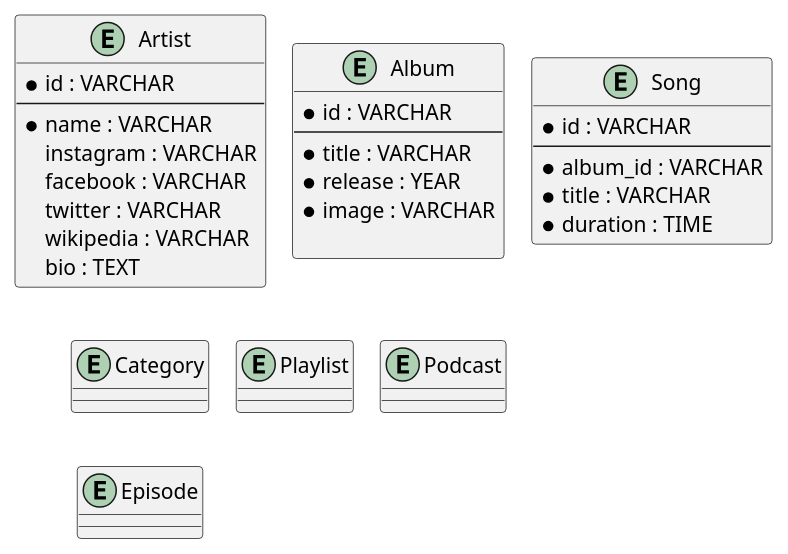
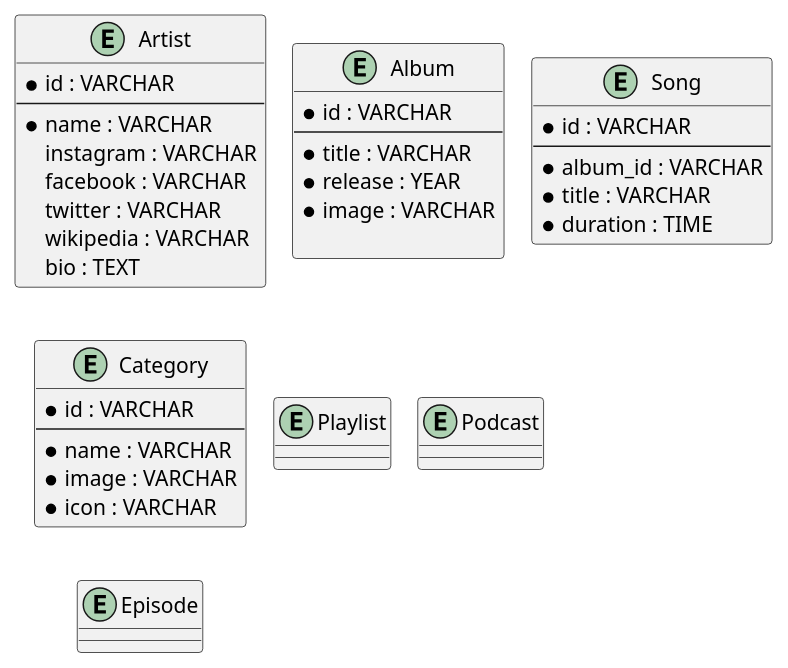
One commit to fkresna23/database-design-spotify changed the diagram in spotify.puml. Above: the diagram before and after it, drawn with PlantUML.

Commit message:
Menentukan Attribute Entity Category

```diff
--- a/spotify.puml
+++ b/spotify.puml
@@ -1,46 +1,50 @@
 @startuml
 !pragma layout smetana
 entity Artist {
     * id : VARCHAR
     --
     * name : VARCHAR
     instagram : VARCHAR
     facebook : VARCHAR
     twitter : VARCHAR
     wikipedia : VARCHAR
     bio : TEXT
 }
 
 entity Album {
     * id : VARCHAR
     --
     * title : VARCHAR
     * release : YEAR
     * image : VARCHAR
 
 }
 
 entity Song {
     * id : VARCHAR
     --
     * album_id : VARCHAR
     * title : VARCHAR
     * duration : TIME
 }
 
 entity Category {
-
+    * id : VARCHAR
+    --
+    * name : VARCHAR
+    * image : VARCHAR
+    * icon : VARCHAR
 }
 
 entity Playlist {
 
 }
 
 entity Podcast {
 
 }
 
 entity Episode {
 
 }
 @enduml
```
